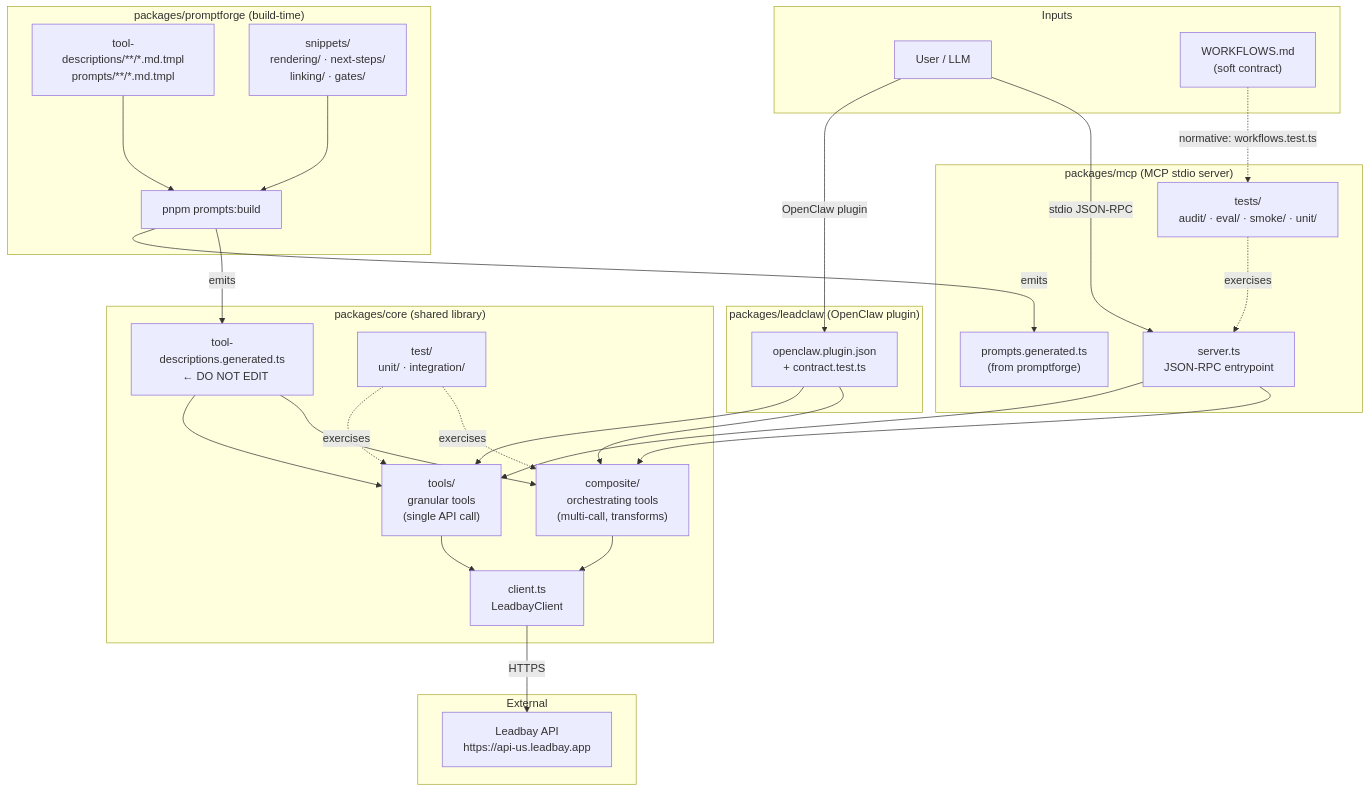
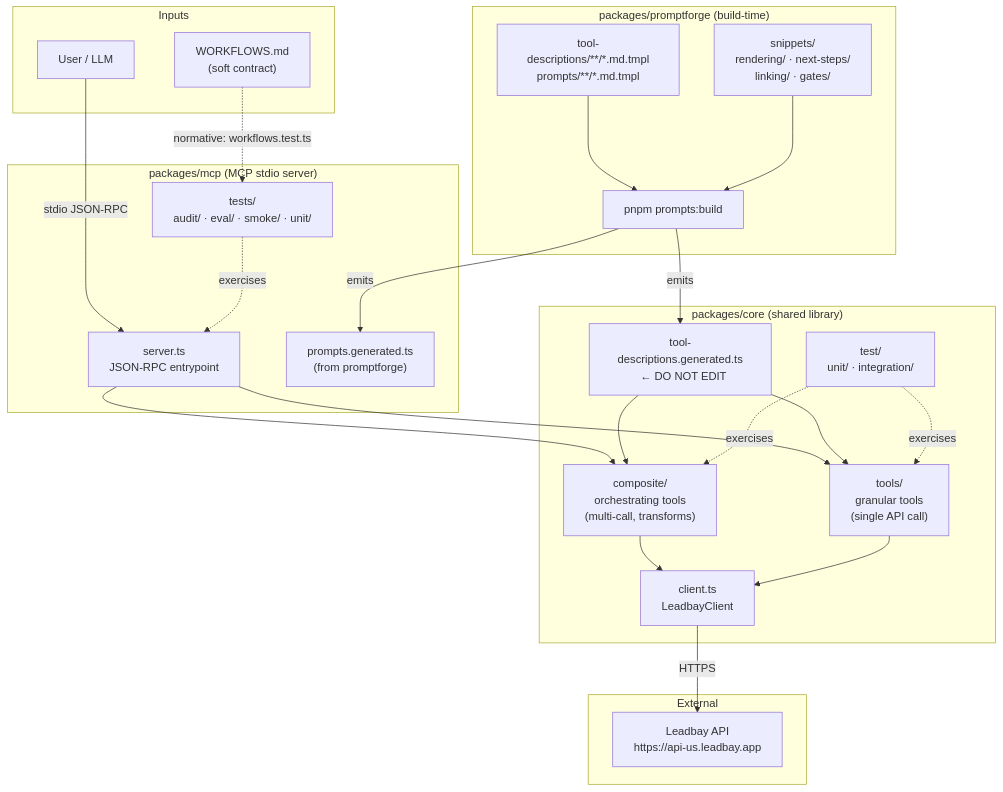
The diagram in CLAUDE.md (leadbay/leadclaw), drawn with Mermaid before and after one commit. The commit also changed other lines of this file and 21 other files, not shown here.

First line of the commit message:
chore: remove OpenClaw adapter, go MCP-only (#75)

````diff
--- a/CLAUDE.md
+++ b/CLAUDE.md
@@ -275,55 +275,48 @@
 ```mermaid
 graph TD
     subgraph inputs["Inputs"]
         U["User / LLM"]
         WF["WORKFLOWS.md\n(soft contract)"]
     end
 
     subgraph mcp["packages/mcp  (MCP stdio server)"]
         MCP_S["server.ts\nJSON-RPC entrypoint"]
         MCP_P["prompts.generated.ts\n(from promptforge)"]
         MCP_T["tests/\n  audit/ · eval/ · smoke/ · unit/"]
-    end
-
-    subgraph openclaw["packages/leadclaw  (OpenClaw plugin)"]
-        OC["openclaw.plugin.json\n+ contract.test.ts"]
     end
 
     subgraph core["packages/core  (shared library)"]
         COMP["composite/\n  orchestrating tools\n  (multi-call, transforms)"]
         GRAN["tools/\n  granular tools\n  (single API call)"]
         CLIENT["client.ts\n  LeadbayClient"]
         TDESC["tool-descriptions.generated.ts\n  ← DO NOT EDIT"]
         CORE_T["test/\n  unit/ · integration/"]
     end
 
     subgraph promptforge["packages/promptforge  (build-time)"]
         PF_TMPL["tool-descriptions/**/*.md.tmpl\nprompts/**/*.md.tmpl"]
         PF_SNIP["snippets/\n  rendering/ · next-steps/\n  linking/ · gates/"]
         PF_BUILD["pnpm prompts:build"]
     end
 
     subgraph api["External"]
         LB_API["Leadbay API\nhttps://api-us.leadbay.app"]
     end
 
     U -->|"stdio JSON-RPC"| MCP_S
-    U -->|"OpenClaw plugin"| OC
     MCP_S --> COMP
     MCP_S --> GRAN
-    OC --> COMP
-    OC --> GRAN
     COMP --> CLIENT
     GRAN --> CLIENT
     CLIENT -->|"HTTPS"| LB_API
     PF_TMPL --> PF_BUILD
     PF_SNIP --> PF_BUILD
     PF_BUILD -->|"emits"| TDESC
     PF_BUILD -->|"emits"| MCP_P
     TDESC --> COMP
     TDESC --> GRAN
     WF -.->|"normative: workflows.test.ts"| MCP_T
     MCP_T -.->|"exercises"| MCP_S
     CORE_T -.->|"exercises"| COMP
     CORE_T -.->|"exercises"| GRAN
 ```
````
